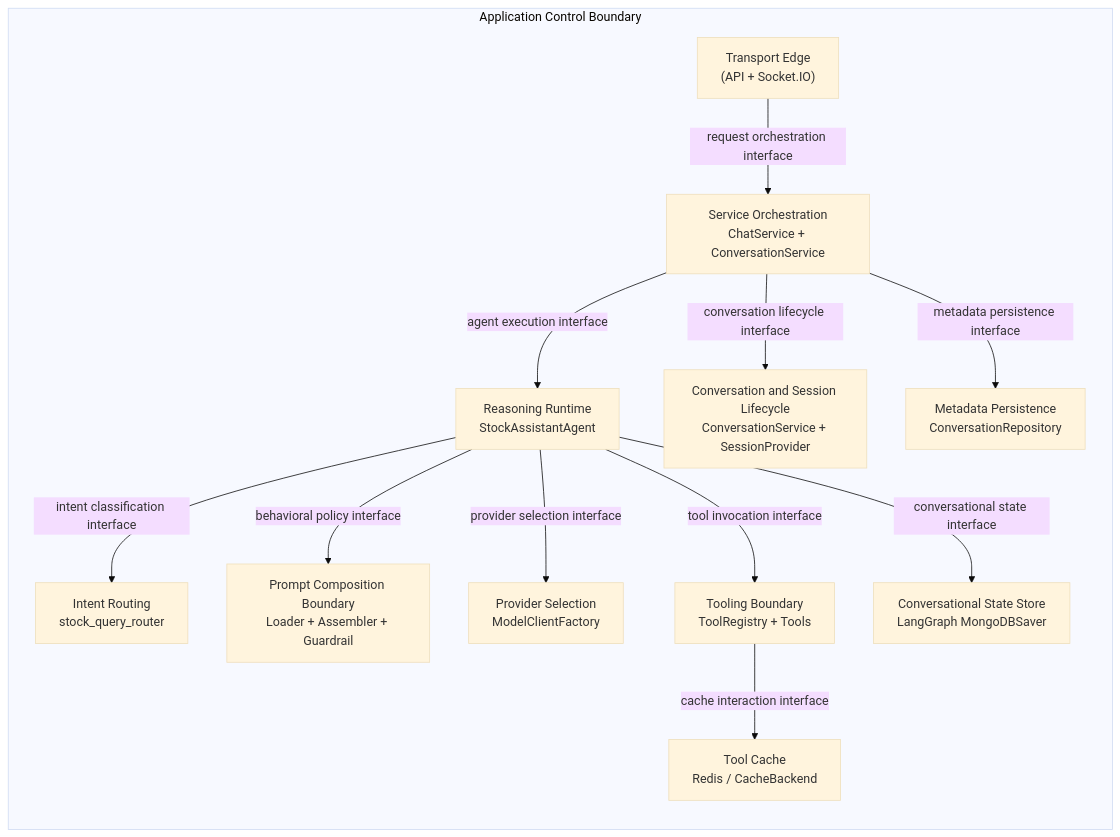
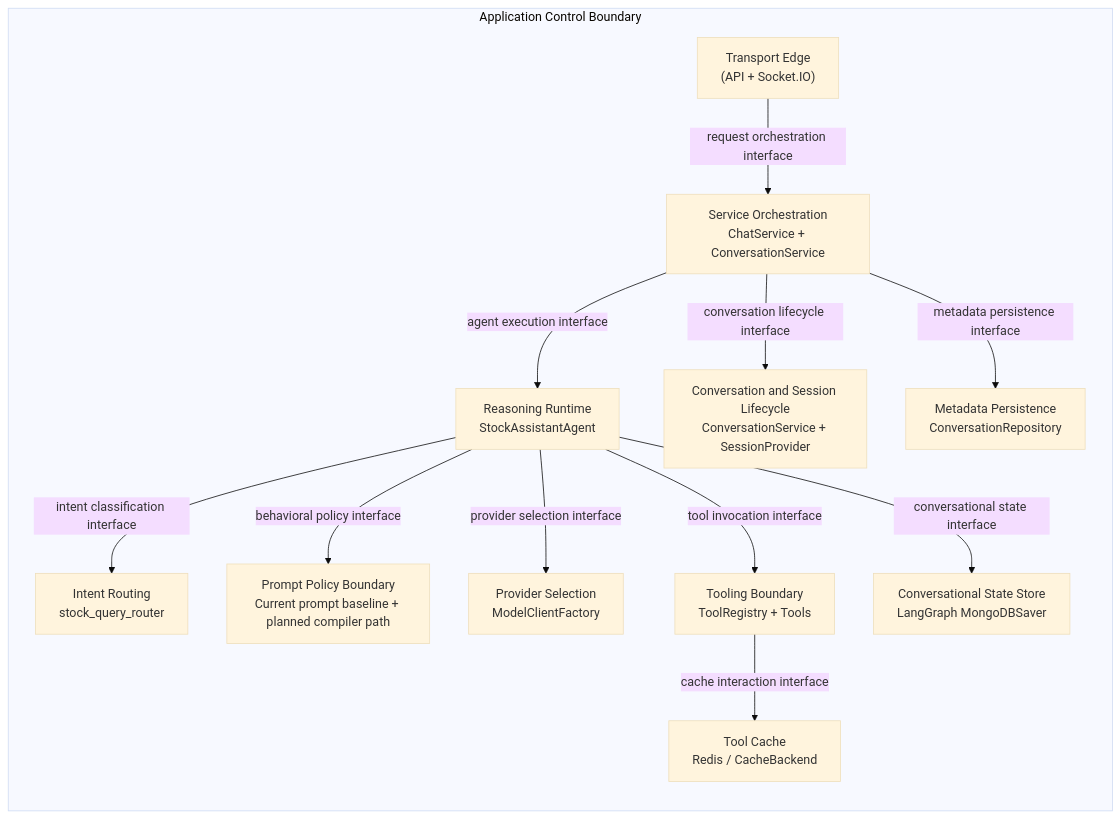
Before and after one commit to d-dragon/dp-stock-investment-assistant: the third of 11 diagrams in docs/domains/agent/ARCHITECTURE_DESIGN.md, drawn with Mermaid (base theme). The commit also changed other lines of this file and 1 other file, not shown here.

Commit message:
docs(agent): refine prompt system architecture and design with clarifying transition from hardcoded to governed prompt assets

````diff
--- a/docs/domains/agent/ARCHITECTURE_DESIGN.md
+++ b/docs/domains/agent/ARCHITECTURE_DESIGN.md
@@ -360,27 +354,27 @@
 ```mermaid
 flowchart LR
   subgraph App["Application Control Boundary"]
     Routes["Transport Edge\n(API + Socket.IO)"]
     Orch["Service Orchestration\nChatService + ConversationService"]
     LifeSvc["Conversation and Session Lifecycle\nConversationService + SessionProvider"]
     Runtime["Reasoning Runtime\nStockAssistantAgent"]
-    PromptComp["Prompt Composition Boundary\nLoader + Assembler + Guardrail"]
+    PromptComp["Prompt Policy Boundary\nCurrent prompt baseline + planned compiler path"]
     Router["Intent Routing\nstock_query_router"]
     ModelSel["Provider Selection\nModelClientFactory"]
     ToolReg["Tooling Boundary\nToolRegistry + Tools"]
     Repo["Metadata Persistence\nConversationRepository"]
     CheckpointStore["Conversational State Store\nLangGraph MongoDBSaver"]
     CacheStore["Tool Cache\nRedis / CacheBackend"]
   end
 
   Routes -->|"request orchestration interface"| Orch
   Orch -->|"agent execution interface"| Runtime
   Orch -->|"conversation lifecycle interface"| LifeSvc
   Runtime -->|"intent classification interface"| Router
   Runtime -->|"behavioral policy interface"| PromptComp
   Runtime -->|"provider selection interface"| ModelSel
   Runtime -->|"tool invocation interface"| ToolReg
   Orch -->|"metadata persistence interface"| Repo
   Runtime -->|"conversational state interface"| CheckpointStore
   ToolReg -->|"cache interaction interface"| CacheStore
 ```
````
